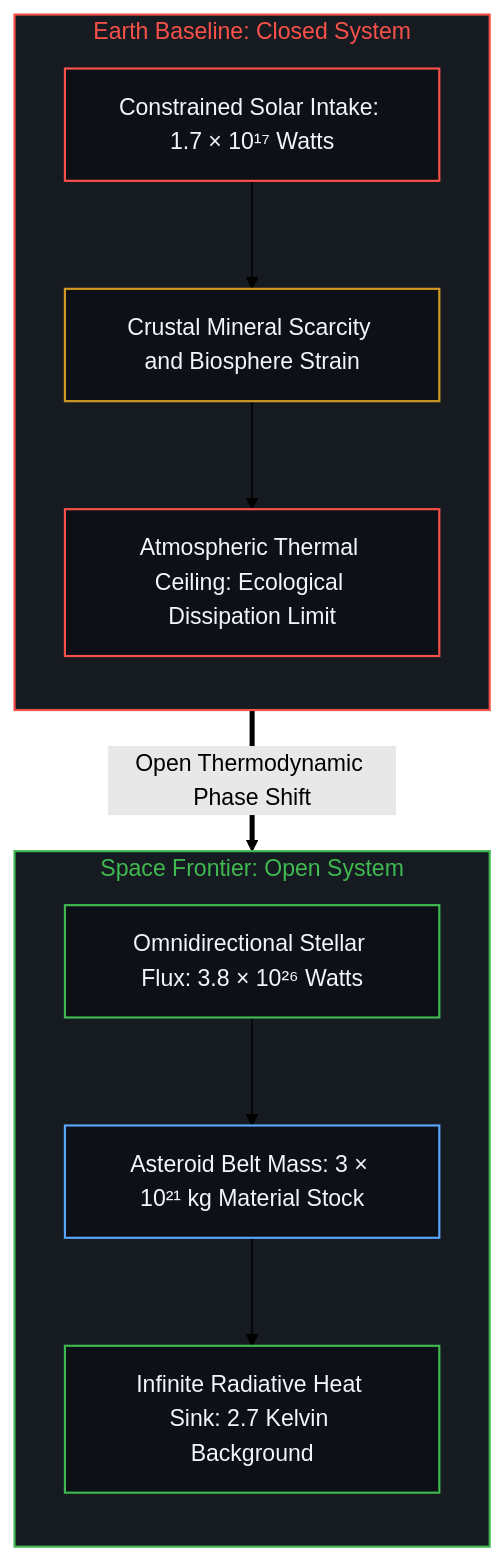
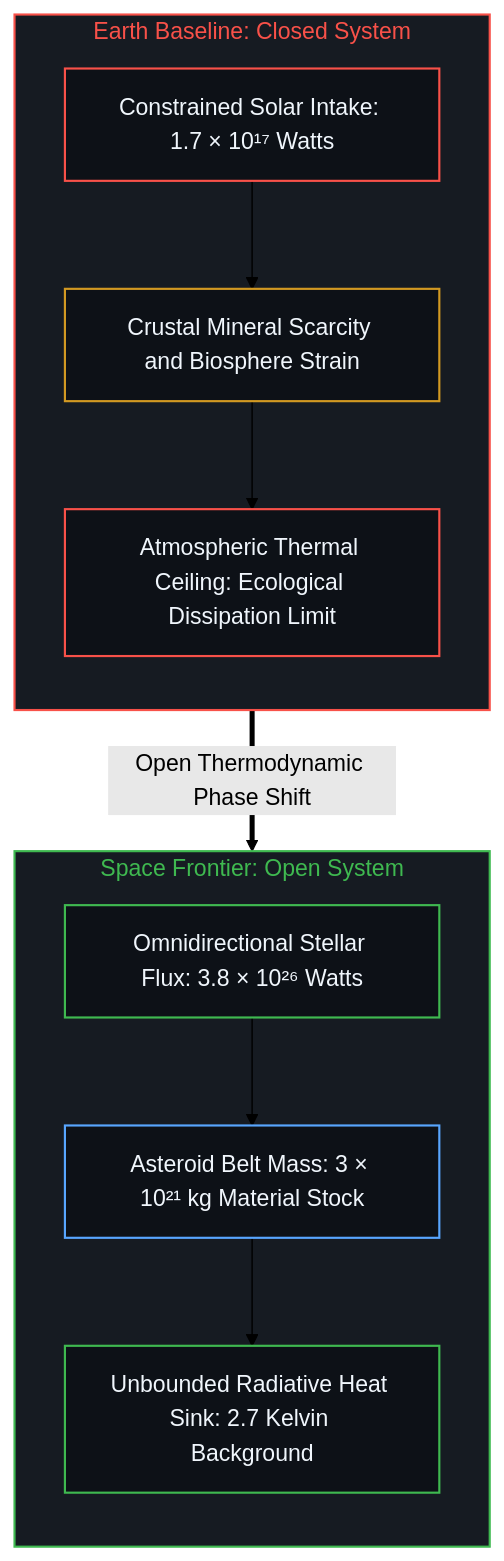
The fourth of 14 diagrams in content/posts/beyond-the-hundred-trillion-horizon.md (powerpig99/not-a-toe), drawn with Mermaid (forest theme) before and after one commit. The commit also changed other lines of this file and 6 other files, not shown here.

````diff
--- a/content/posts/beyond-the-hundred-trillion-horizon.md
+++ b/content/posts/beyond-the-hundred-trillion-horizon.md
@@ -141,29 +127,25 @@
 ```mermaid
 flowchart TD
     classDef default fill:#0d1117,stroke:#30363d,stroke-width:1px,color:#f0f6fc;
     classDef mind fill:#0d1117,stroke:#3fb950,stroke-width:1.5px,color:#f0f6fc;
     classDef warn fill:#0d1117,stroke:#d29922,stroke-width:1.5px,color:#f0f6fc;
     classDef fail fill:#0d1117,stroke:#f85149,stroke-width:1.5px,color:#f0f6fc;
     classDef model fill:#0d1117,stroke:#58a6ff,stroke-width:1.5px,color:#f0f6fc;
-
     subgraph S_EARTH_EN ["Earth Baseline: Closed System"]
         direction TB
         E_NRG["Constrained Solar Intake: 1.7 × 10¹⁷ Watts"]:::fail
         E_MAT["Crustal Mineral Scarcity and Biosphere Strain"]:::warn
         E_HEAT["Atmospheric Thermal Ceiling: Ecological Dissipation Limit"]:::fail
         E_NRG --> E_MAT --> E_HEAT
     end
-
     subgraph S_SPACE_EN ["Space Frontier: Open System"]
         direction TB
         S_NRG["Omnidirectional Stellar Flux: 3.8 × 10²⁶ Watts"]:::mind
         S_MAT["Asteroid Belt Mass: 3 × 10²¹ kg Material Stock"]:::model
-        S_HEAT["Infinite Radiative Heat Sink: 2.7 Kelvin Background"]:::mind
+        S_HEAT["Unbounded Radiative Heat Sink: 2.7 Kelvin Background"]:::mind
         S_NRG --> S_MAT --> S_HEAT
     end
-
     S_EARTH_EN ==>|"Open Thermodynamic Phase Shift"| S_SPACE_EN
-
     style S_EARTH_EN fill:#161b22,stroke:#f85149,stroke-width:1.5px,color:#f85149
     style S_SPACE_EN fill:#161b22,stroke:#3fb950,stroke-width:1.5px,color:#3fb950
 ```
````
